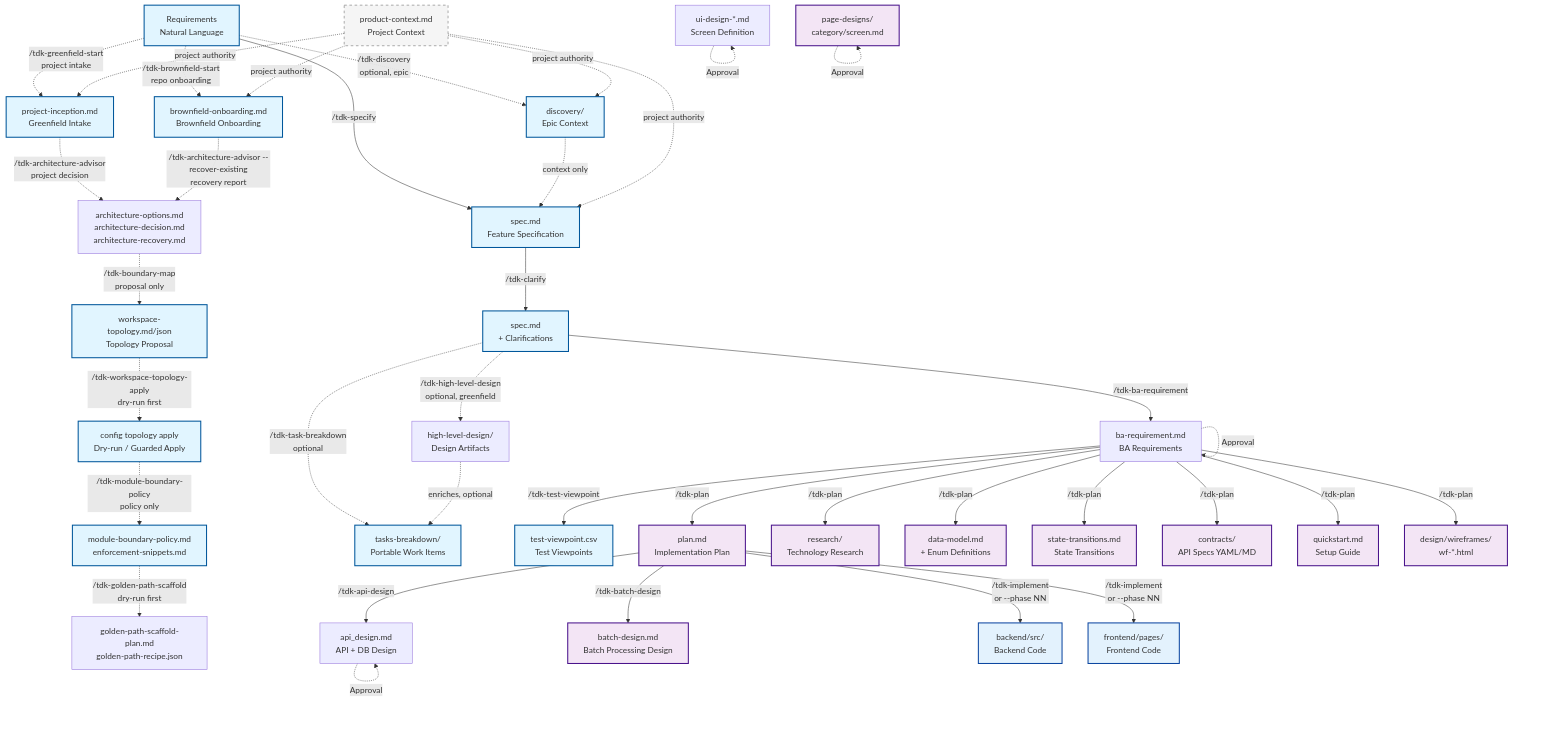
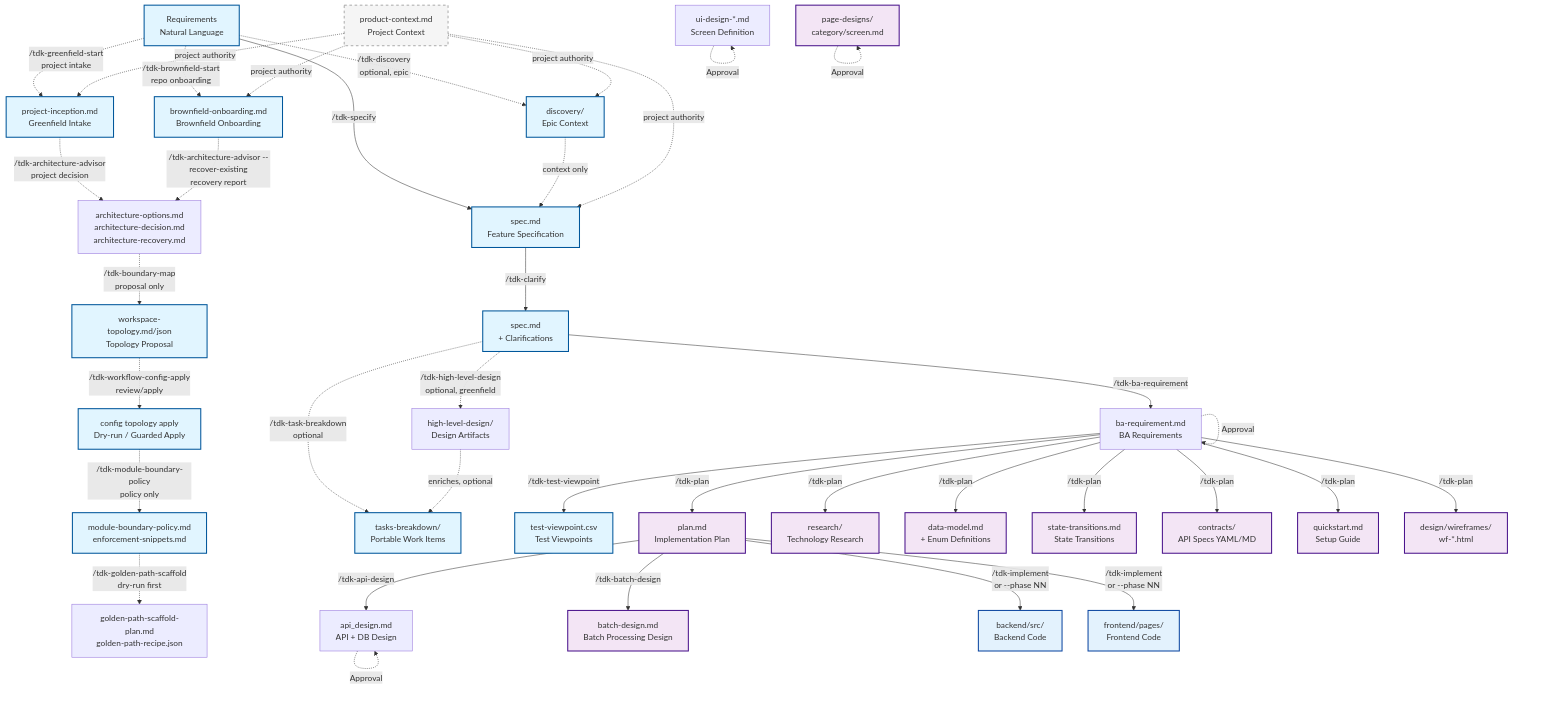
The first of 8 diagrams in .specify/docs/en/guides/document-flow.md (vinhltt/tdk), drawn with Mermaid before and after one commit. The commit also changed other lines of this file and 67 other files, not shown here.

````diff
--- a/.specify/docs/en/guides/document-flow.md
+++ b/.specify/docs/en/guides/document-flow.md
@@ -12,77 +12,77 @@
 ```mermaid
 flowchart TD
     %% Phase 0: Specification
     REQ[Requirements<br/>Natural Language]
     PRODUCT_CONTEXT[product-context.md<br/>Project Context]
     GREENFIELD_INCEPTION[project-inception.md<br/>Greenfield Intake]
     BROWNFIELD_ONBOARDING[brownfield-onboarding.md<br/>Brownfield Onboarding]
     ARCHITECTURE_REPORTS[architecture-options.md<br/>architecture-decision.md<br/>architecture-recovery.md]
     TOPOLOGY[workspace-topology.md/json<br/>Topology Proposal]
     CONFIG_PATCH[config topology apply<br/>Dry-run / Guarded Apply]
     POLICY[module-boundary-policy.md<br/>enforcement-snippets.md]
     GOLDEN_PATH[golden-path-scaffold-plan.md<br/>golden-path-recipe.json]
     DISCOVERY[discovery/<br/>Epic Context]
 
     %% Phase 0: Feature Specification
     REQ -.->|/tdk-greenfield-start<br/>project intake| GREENFIELD_INCEPTION
     REQ -.->|/tdk-brownfield-start<br/>repo onboarding| BROWNFIELD_ONBOARDING
     GREENFIELD_INCEPTION -.->|/tdk-architecture-advisor<br/>project decision| ARCHITECTURE_REPORTS
     BROWNFIELD_ONBOARDING -.->|/tdk-architecture-advisor --recover-existing<br/>recovery report| ARCHITECTURE_REPORTS
     ARCHITECTURE_REPORTS -.->|/tdk-boundary-map<br/>proposal only| TOPOLOGY
-    TOPOLOGY -.->|/tdk-workspace-topology-apply<br/>dry-run first| CONFIG_PATCH
+    TOPOLOGY -.->|/tdk-workflow-config-apply<br/>review/apply| CONFIG_PATCH
     CONFIG_PATCH -.->|/tdk-module-boundary-policy<br/>policy only| POLICY
     POLICY -.->|/tdk-golden-path-scaffold<br/>dry-run first| GOLDEN_PATH
     REQ -.->|/tdk-discovery<br/>optional, epic| DISCOVERY
     REQ -->|/tdk-specify| SPEC[spec.md<br/>Feature Specification]
     DISCOVERY -.->|context only| SPEC
     PRODUCT_CONTEXT -.->|project authority| GREENFIELD_INCEPTION
     PRODUCT_CONTEXT -.->|project authority| BROWNFIELD_ONBOARDING
     PRODUCT_CONTEXT -.->|project authority| DISCOVERY
     PRODUCT_CONTEXT -.->|project authority| SPEC
     SPEC -->|/tdk-clarify| SPEC_CLARIFIED[spec.md<br/>+ Clarifications]
     SPEC_CLARIFIED -.->|/tdk-high-level-design<br/>optional, greenfield| HLD[high-level-design/<br/>Design Artifacts]
     SPEC_CLARIFIED -.->|/tdk-task-breakdown<br/>optional| TASK_BREAKDOWN[tasks-breakdown/<br/>Portable Work Items]
     HLD -.->|enriches, optional| TASK_BREAKDOWN
     SPEC_CLARIFIED -->|/tdk-ba-requirement| BA_REQ[ba-requirement.md<br/>BA Requirements]
     BA_REQ -.->|Approval| BA_REQ
     BA_REQ -->|/tdk-test-viewpoint| TEST_VP[test-viewpoint.csv<br/>Test Viewpoints]
 
     %% Phase 1: Architecture & Design
     BA_REQ -->|/tdk-plan| PLAN[plan.md<br/>Implementation Plan]
     BA_REQ -->|/tdk-plan| RESEARCH[research/<br/>Technology Research]
     BA_REQ -->|/tdk-plan| DATAMODEL[data-model.md<br/>+ Enum Definitions]
     BA_REQ -->|/tdk-plan| STATETRANS[state-transitions.md<br/>State Transitions]
     BA_REQ -->|/tdk-plan| CONTRACTS[contracts/<br/>API Specs YAML/MD]
     BA_REQ -->|/tdk-plan| QUICKSTART[quickstart.md<br/>Setup Guide]
     BA_REQ -->|/tdk-plan| WIREFRAMES[design/wireframes/<br/>wf-*.html]
 
     %% Phase 1: Detailed Design & Approval
     PLAN -->|/tdk-api-design| API_DESIGN[api_design.md<br/>API + DB Design]
     PLAN -->|/tdk-batch-design| BATCH_DESIGN[batch-design.md<br/>Batch Processing Design]
     PAGEDESIGNS[page-designs/<br/>category/screen.md]
     UI_DESIGN[ui-design-*.md<br/>Screen Definition]
     API_DESIGN -.->|Approval| API_DESIGN
     UI_DESIGN -.->|Approval| UI_DESIGN
     PAGEDESIGNS -.->|Approval| PAGEDESIGNS
 
     %% Phase 2: Implementation (Solo Path - Primary)
     PLAN -->|/tdk-implement<br/>or --phase NN| CODE_BE[backend/src/<br/>Backend Code]
     PLAN -->|/tdk-implement<br/>or --phase NN| CODE_FE[frontend/pages/<br/>Frontend Code]
 
     %% Styling
     classDef phase0 fill:#e1f5ff,stroke:#01579b,stroke-width:2px
     classDef phase1 fill:#f3e5f5,stroke:#4a148c,stroke-width:2px
     classDef phase2 fill:#fff3e0,stroke:#e65100,stroke-width:2px
     classDef phase3 fill:#e8f5e9,stroke:#1b5e20,stroke-width:2px
     classDef phase4 fill:#fff9c4,stroke:#f57f17,stroke-width:2px
     classDef phase5 fill:#ffebee,stroke:#b71c1c,stroke-width:2px
     classDef reference fill:#f5f5f5,stroke:#616161,stroke-width:1px,stroke-dasharray: 5 5
     classDef code fill:#e3f2fd,stroke:#0d47a1,stroke-width:2px
     classDef infra fill:#fce4ec,stroke:#880e4f,stroke-width:2px
 
     class REQ,GREENFIELD_INCEPTION,BROWNFIELD_ONBOARDING,TOPOLOGY,CONFIG_PATCH,POLICY,DISCOVERY,SPEC,SPEC_CLARIFIED,TASK_BREAKDOWN phase0
     class PLAN,RESEARCH,DATAMODEL,STATETRANS,CONTRACTS,QUICKSTART,WIREFRAMES,PAGEDESIGNS,BATCH_DESIGN phase1
     class TEST_VP phase0
     class PRODUCT_CONTEXT,CONSTITUTION,UIUX,REF_DATAMODEL,REF_STATE reference
     class CODE_BE,CODE_FE,TESTS code
 ```
````
